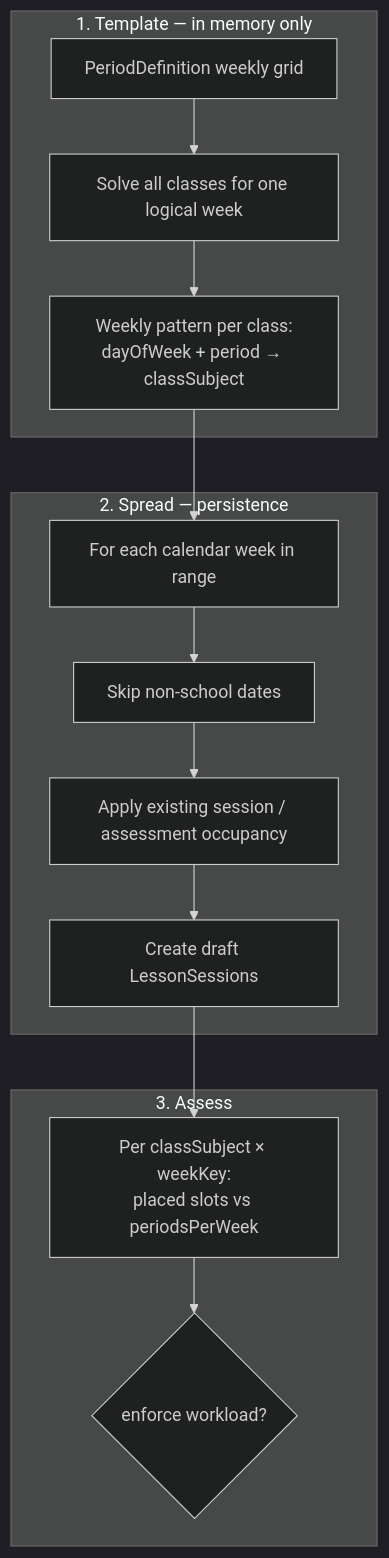
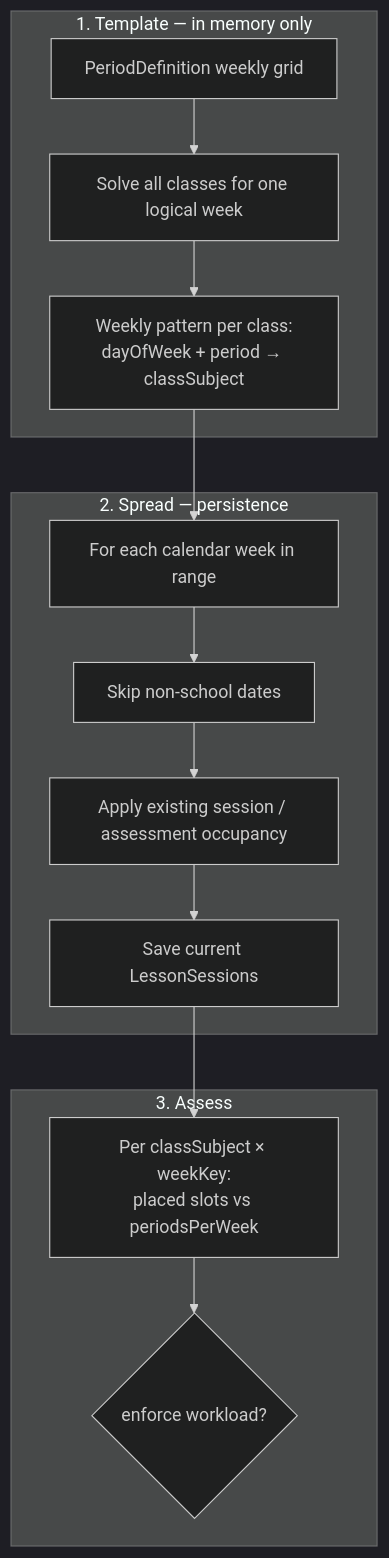
One commit to Maya-Invest/edaya_backend changed the diagram in docs/sprints/timetable-solver-evolution-plan.md. Above: the diagram before and after it, drawn with Mermaid (dark theme). The commit also changed other lines of this file and 51 other files, not shown here.

````diff
--- a/docs/sprints/timetable-solver-evolution-plan.md
+++ b/docs/sprints/timetable-solver-evolution-plan.md
@@ -106,22 +106,22 @@
 ```mermaid
 flowchart TD
   subgraph template [1. Template — in memory only]
     PD[PeriodDefinition weekly grid]
     SOL[Solve all classes for one logical week]
     PAT[Weekly pattern per class:\ndayOfWeek + period → classSubject]
   end
 
   subgraph spread [2. Spread — persistence]
     WKS[For each calendar week in range]
     CAL[Skip non-school dates]
     OCC[Apply existing session / assessment occupancy]
-    SES[Create draft LessonSessions]
+    SES[Save current LessonSessions]
   end
 
   subgraph assess [3. Assess]
     WL[Per classSubject × weekKey:\nplaced slots vs periodsPerWeek]
     ENF{enforce workload?}
   end
 
   PD --> SOL --> PAT --> WKS --> CAL --> OCC --> SES --> WL --> ENF
 ```
````
